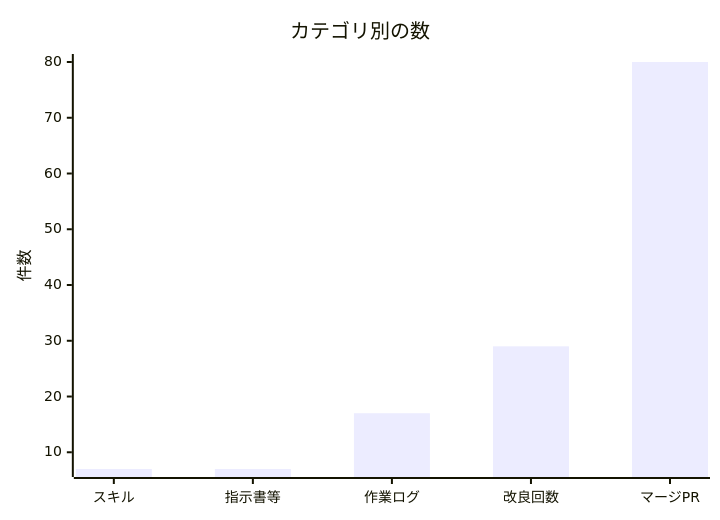
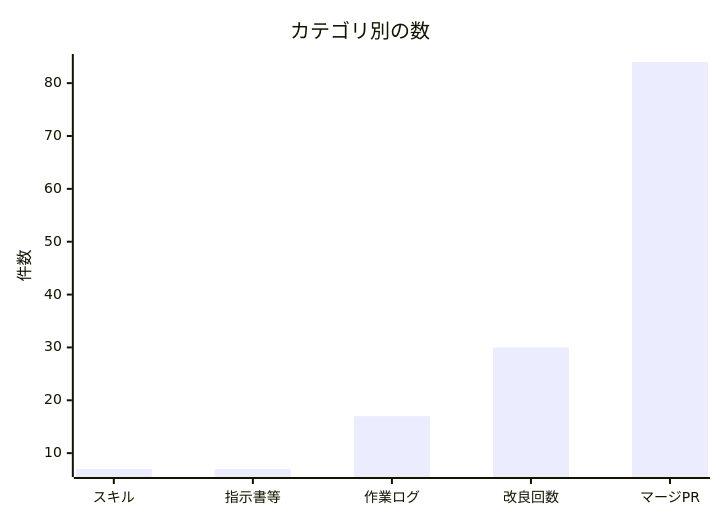
Before and after one commit to non-x2/non-x2: the second of 2 diagrams in docs/進化レポート.md, drawn with Mermaid. The commit also changed other lines of this file and 2 other files, not shown here.

````diff
--- a/docs/進化レポート.md
+++ b/docs/進化レポート.md
@@ -33,7 +33,7 @@
 ```mermaid
 xychart-beta
     title "カテゴリ別の数"
     x-axis ["スキル", "指示書等", "作業ログ", "改良回数", "マージPR"]
     y-axis "件数"
-    bar [7, 7, 17, 29, 80]
+    bar [7, 7, 17, 30, 84]
 ```
````
